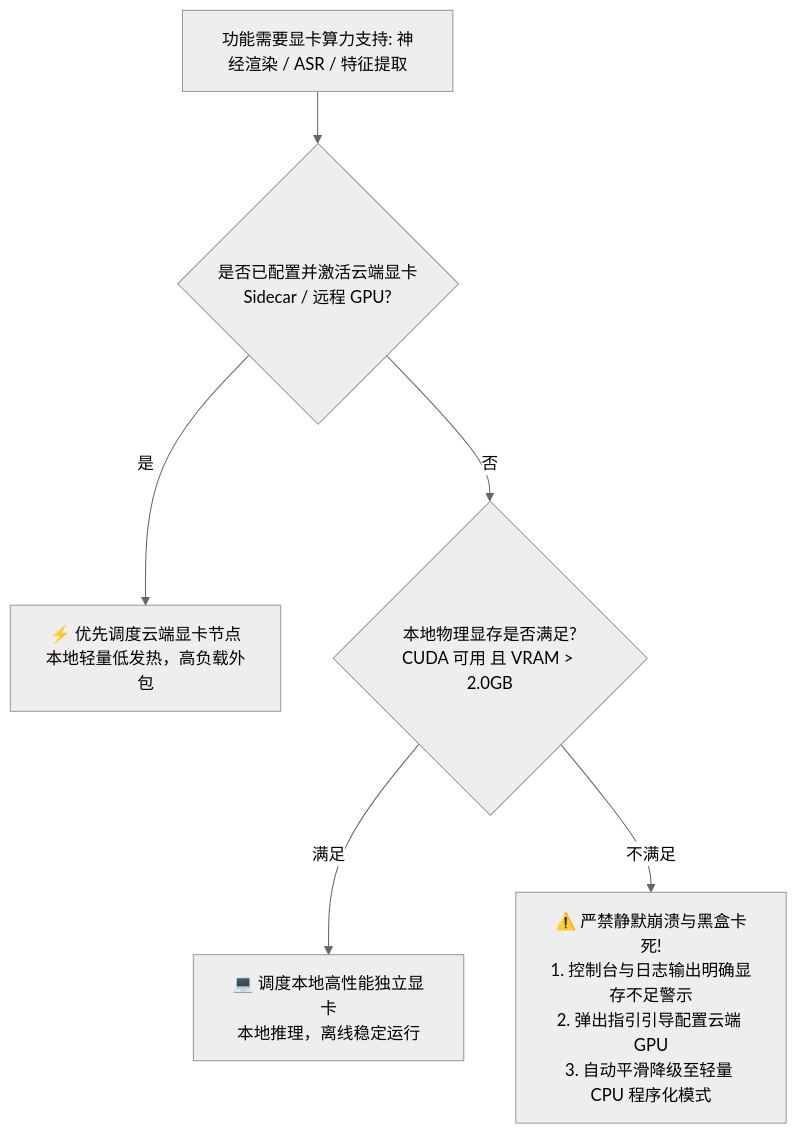
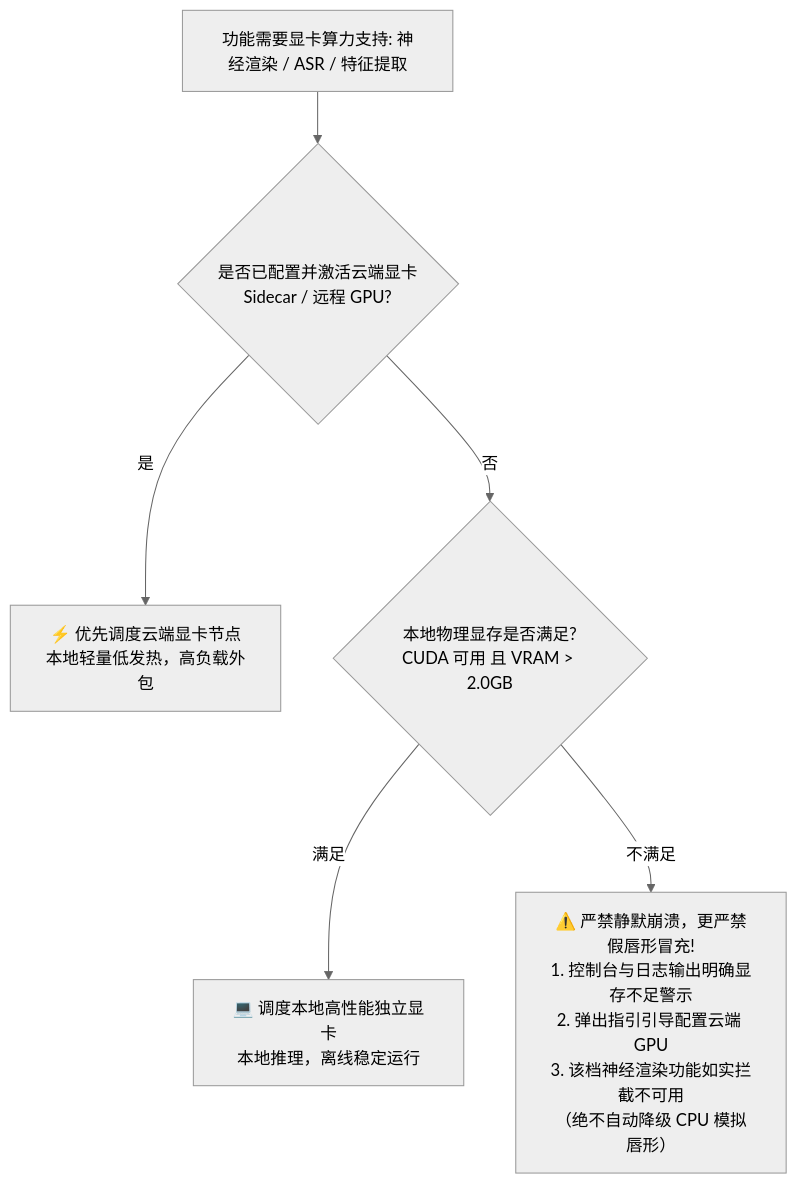
Before and after one commit to winclubs/AI-LiveStream-Agent: the second of 3 diagrams in README.md, drawn with Mermaid (neutral theme). The commit also changed other lines of this file and 108 other files, not shown here.

````diff
--- a/README.md
+++ b/README.md
@@ -190,12 +198,12 @@
 ```mermaid
 flowchart TD
     Start[功能需要显卡算力支持: 神经渲染 / ASR / 特征提取] --> CheckCloud{是否已配置并激活云端显卡<br>Sidecar / 远程 GPU?}
     
     CheckCloud -- 是 --> RouteCloud[⚡ 优先调度云端显卡节点<br>本地轻量低发热，高负载外包]
     
     CheckCloud -- 否 --> CheckLocal{本地物理显存是否满足?<br>CUDA 可用 且 VRAM > 2.0GB}
     
     CheckLocal -- 满足 --> RouteLocal[💻 调度本地高性能独立显卡<br>本地推理，离线稳定运行]
     
-    CheckLocal -- 不满足 --> Warning[⚠️ 严禁静默崩溃与黑盒卡死!<br>1. 控制台与日志输出明确显存不足警示<br>2. 弹出指引引导配置云端 GPU<br>3. 自动平滑降级至轻量 CPU 程序化模式]
+    CheckLocal -- 不满足 --> Warning[⚠️ 严禁静默崩溃，更严禁假唇形冒充!<br>1. 控制台与日志输出明确显存不足警示<br>2. 弹出指引引导配置云端 GPU<br>3. 该档神经渲染功能如实拦截不可用<br>（绝不自动降级 CPU 模拟唇形）]
 ```
````
